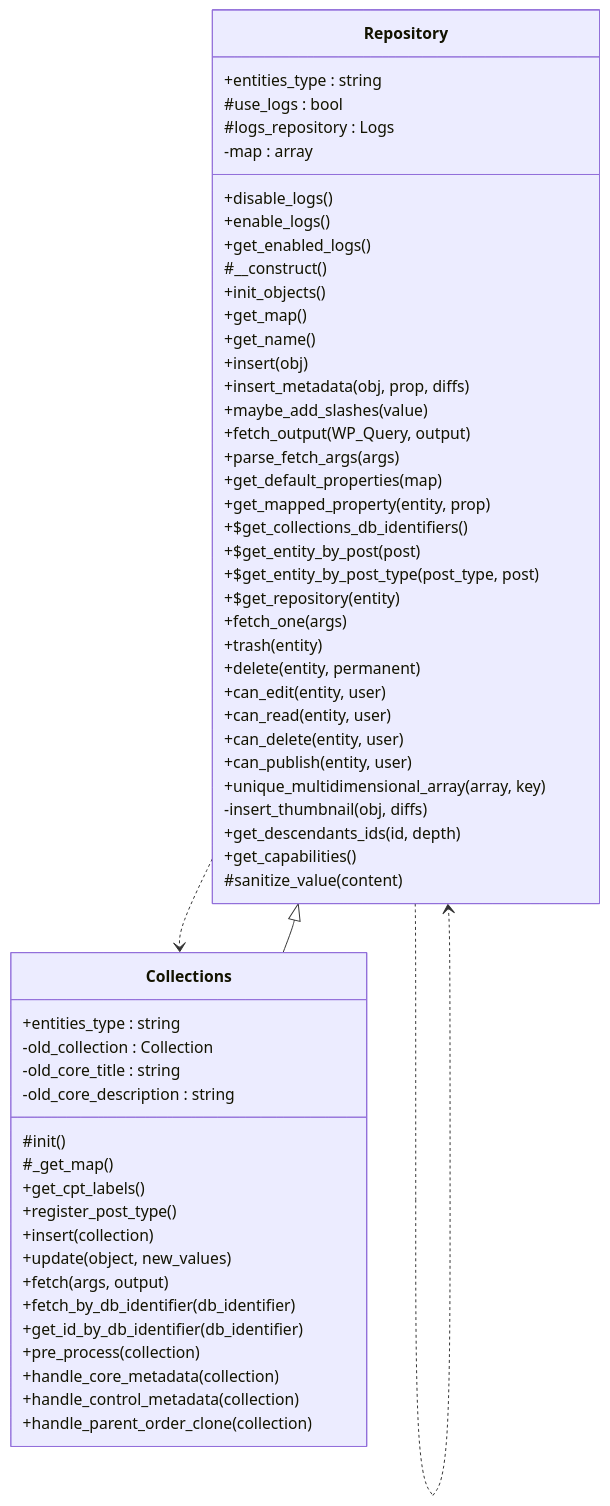
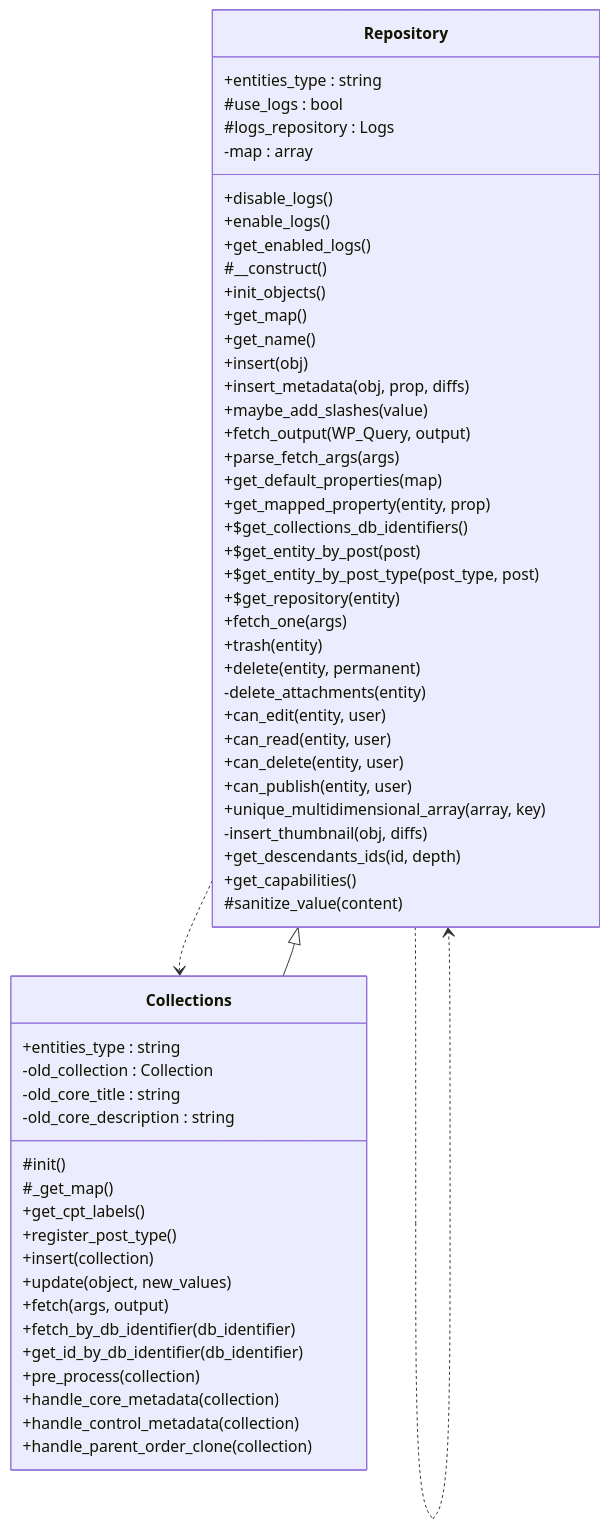
The diagram in docs/phpdoc/classes/Tainacan/Repositories/Collections.md (tainacan/tainacan), drawn with Mermaid before and after one commit. The commit also changed other lines of this file and 193 other files, not shown here.

````diff
--- a/docs/phpdoc/classes/Tainacan/Repositories/Collections.md
+++ b/docs/phpdoc/classes/Tainacan/Repositories/Collections.md
@@ -16,62 +16,63 @@
 ```mermaid
 classDiagram
     direction TB
     class Collections {
         +entities_type : string
         -old_collection : Collection
         -old_core_title : string
         -old_core_description : string
         #init()
         #_get_map()
         +get_cpt_labels()
         +register_post_type()
         +insert(collection)
         +update(object, new_values)
         +fetch(args, output)
         +fetch_by_db_identifier(db_identifier)
         +get_id_by_db_identifier(db_identifier)
         +pre_process(collection)
         +handle_core_metadata(collection)
         +handle_control_metadata(collection)
         +handle_parent_order_clone(collection)
     }
     class Repository {
         +entities_type : string
         #use_logs : bool
         #logs_repository : Logs
         -map : array
         +disable_logs()
         +enable_logs()
         +get_enabled_logs()
         #__construct()
         +init_objects()
         +get_map()
         +get_name()
         +insert(obj)
         +insert_metadata(obj, prop, diffs)
         +maybe_add_slashes(value)
         +fetch_output(WP_Query, output)
         +parse_fetch_args(args)
         +get_default_properties(map)
         +get_mapped_property(entity, prop)
         +$get_collections_db_identifiers()
         +$get_entity_by_post(post)
         +$get_entity_by_post_type(post_type, post)
         +$get_repository(entity)
         +fetch_one(args)
         +trash(entity)
         +delete(entity, permanent)
+        -delete_attachments(entity)
         +can_edit(entity, user)
         +can_read(entity, user)
         +can_delete(entity, user)
         +can_publish(entity, user)
         +unique_multidimensional_array(array, key)
         -insert_thumbnail(obj, diffs)
         +get_descendants_ids(id, depth)
         +get_capabilities()
         #sanitize_value(content)
     }
     Repository ..> Collections
     Repository ..> Repository
     Repository <|-- Collections
 ```
````
